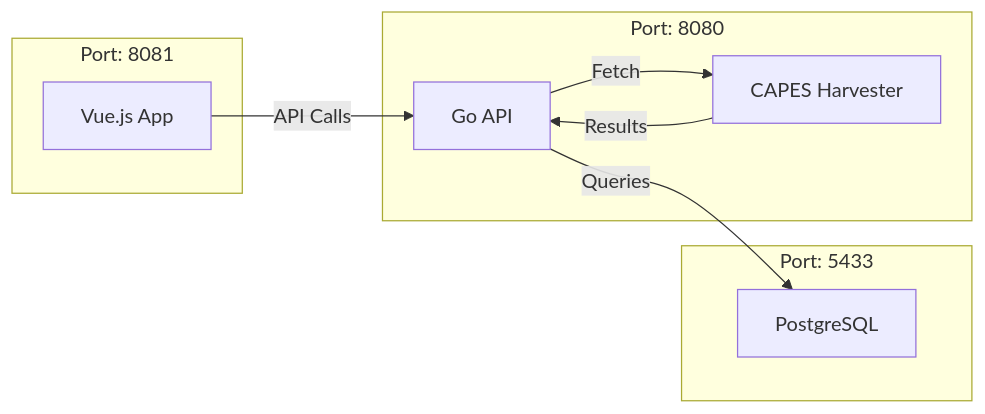
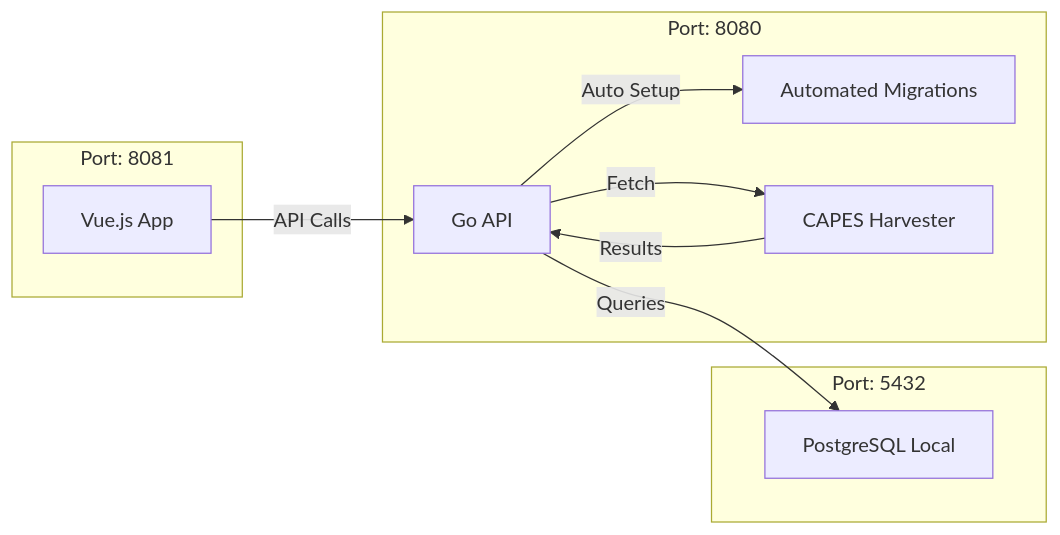
Before and after one commit to GabrielHJM/BIBLIOTECA-DIGITAL-ACERVO-UFGD: the diagram in README_ECOSSISTEMA.md, drawn with Mermaid. The commit also changed other lines of this file and 63 other files, not shown here.

````diff
--- a/README_ECOSSISTEMA.md
+++ b/README_ECOSSISTEMA.md
@@ -7,18 +7,20 @@
 ```mermaid
 graph LR
     subgraph Frontend [Port: 8081]
         V[Vue.js App]
     end
     subgraph Backend [Port: 8080]
         G[Go API]
+        M[Automated Migrations]
         H[CAPES Harvester]
     end
-    subgraph Database [Port: 5433]
-        P[PostgreSQL]
+    subgraph Database [Port: 5432]
+        P[PostgreSQL Local]
     end
 
     V -- API Calls --> G
     G -- Queries --> P
+    G -- Auto Setup --> M
     G -- Fetch --> H
     H -- Results --> G
 ```
````
